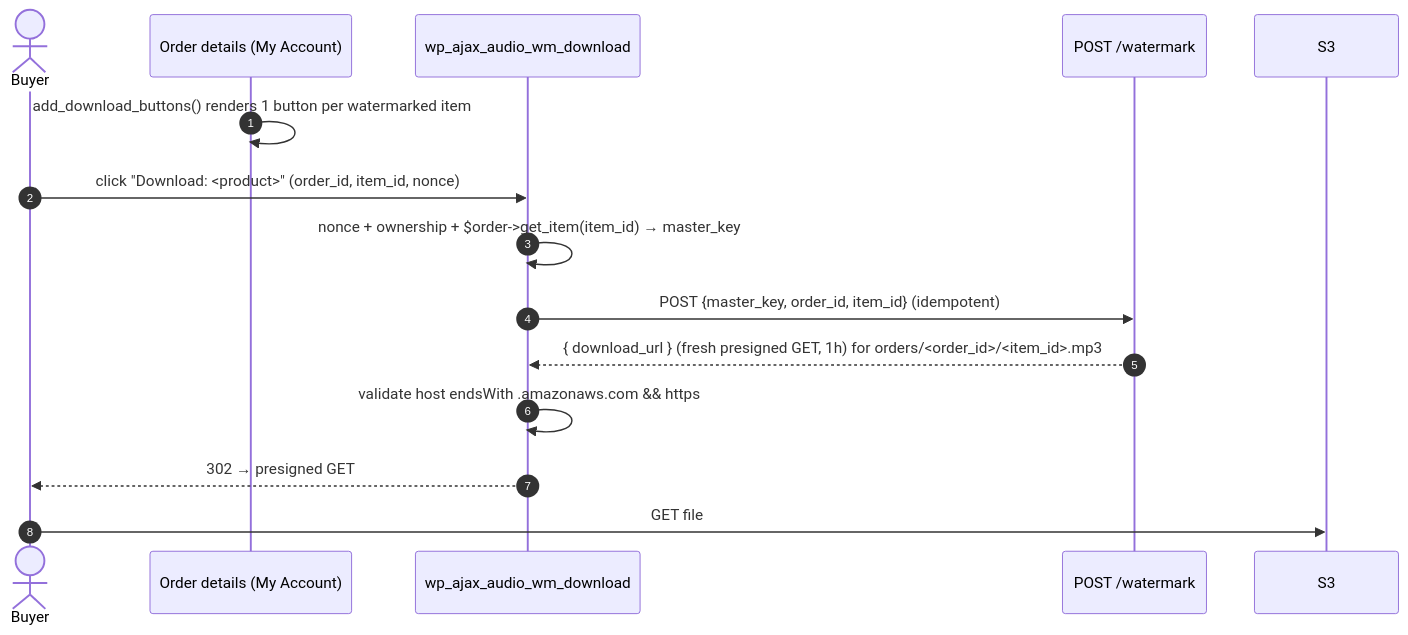
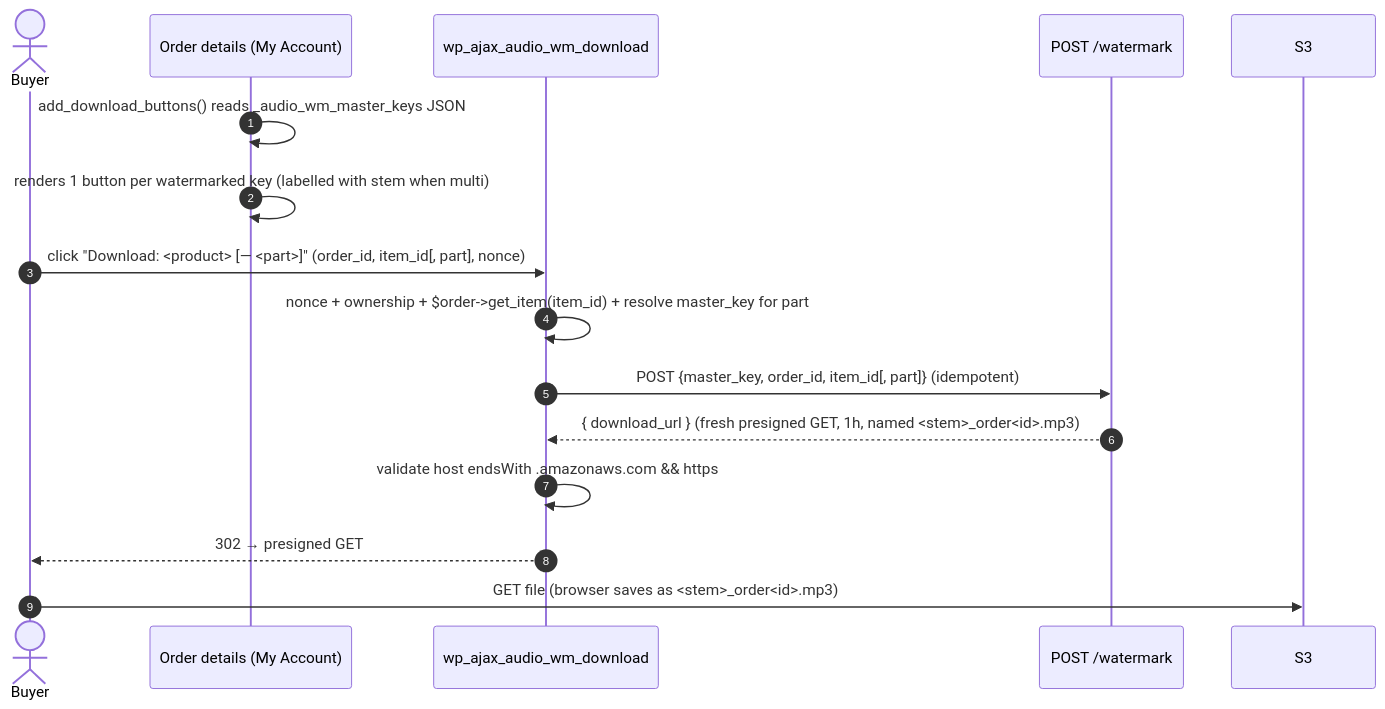
One commit to l-k-sfr-jt/audio-watermark changed the third of 4 diagrams in docs/USE-CASES.md. Above: the diagram before and after it, drawn with Mermaid. The commit also changed other lines of this file and 10 other files, not shown here.

````diff
--- a/docs/USE-CASES.md
+++ b/docs/USE-CASES.md
@@ -118,18 +143,19 @@
 ```mermaid
 sequenceDiagram
     autonumber
     actor Buyer
     participant Page as Order details (My Account)
     participant DH as wp_ajax_audio_wm_download
     participant API as POST /watermark
     participant S3
 
-    Page->>Page: add_download_buttons() renders 1 button per watermarked item
-    Buyer->>DH: click "Download: <product>" (order_id, item_id, nonce)
-    DH->>DH: nonce + ownership + $order->get_item(item_id) → master_key
-    DH->>API: POST {master_key, order_id, item_id} (idempotent)
-    API-->>DH: { download_url } (fresh presigned GET, 1h) for orders/<order_id>/<item_id>.mp3
+    Page->>Page: add_download_buttons() reads _audio_wm_master_keys JSON
+    Page->>Page: renders 1 button per watermarked key (labelled with stem when multi)
+    Buyer->>DH: click "Download: <product> [— <part>]" (order_id, item_id[, part], nonce)
+    DH->>DH: nonce + ownership + $order->get_item(item_id) + resolve master_key for part
+    DH->>API: POST {master_key, order_id, item_id[, part]} (idempotent)
+    API-->>DH: { download_url } (fresh presigned GET, 1h, named <stem>_order<id>.mp3)
     DH->>DH: validate host endsWith .amazonaws.com && https
     DH-->>Buyer: 302 → presigned GET
-    Buyer->>S3: GET file
+    Buyer->>S3: GET file (browser saves as <stem>_order<id>.mp3)
 ```
````
